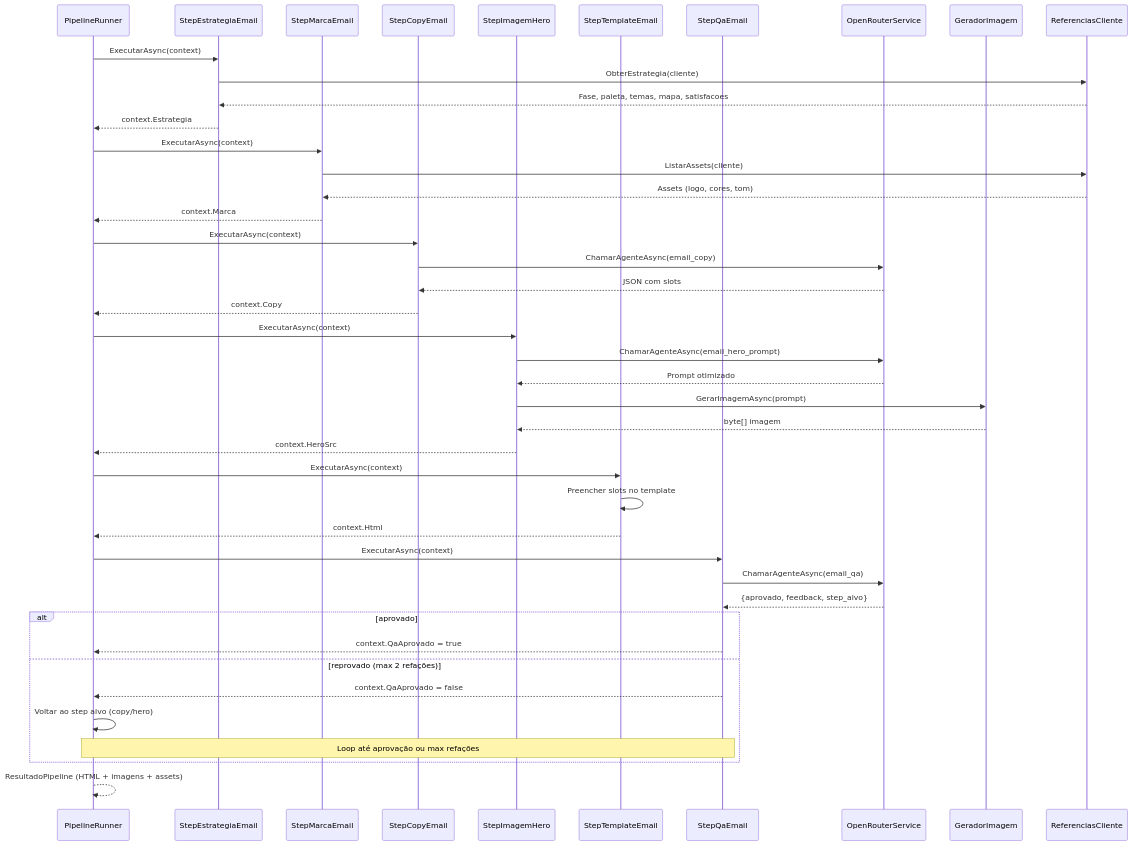
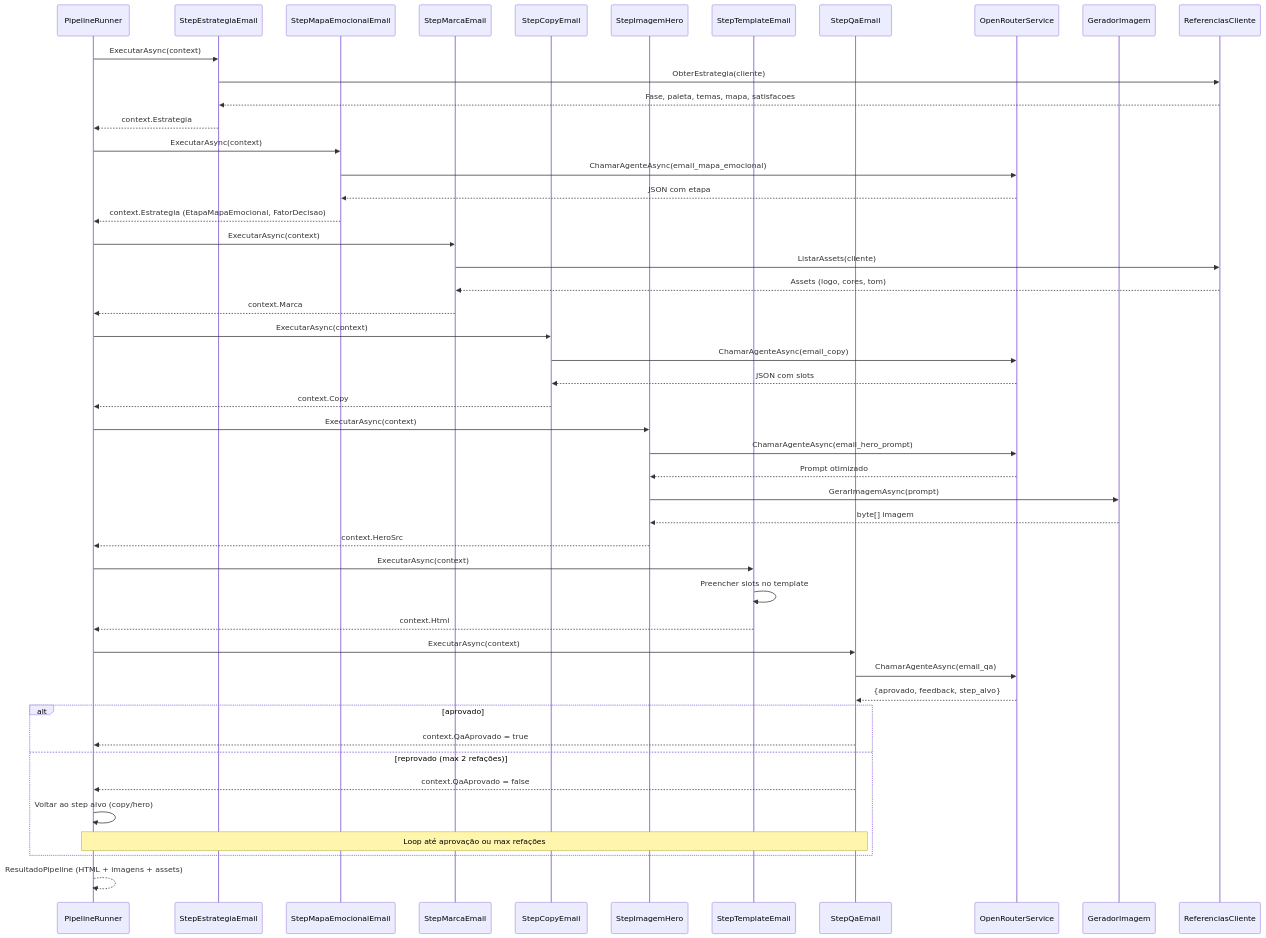
The third of 7 diagrams in docs/ARCHITECTURE.md (joaopedro-marques/suspira.fluxo.demo), drawn with Mermaid before and after one commit. The commit also changed other lines of this file and 2 other files, not shown here.

Commit message:
docs: add StepMapaEmocionalEmail to architecture, readme, and checklist

````diff
--- a/docs/ARCHITECTURE.md
+++ b/docs/ARCHITECTURE.md
@@ -142,53 +142,59 @@
 ```mermaid
 sequenceDiagram
     participant PR as PipelineRunner
     participant SE as StepEstrategiaEmail
+    participant SMA as StepMapaEmocionalEmail
     participant SM as StepMarcaEmail
     participant SC as StepCopyEmail
     participant SH as StepImagemHero
     participant ST as StepTemplateEmail
     participant SQ as StepQaEmail
     participant OR as OpenRouterService
     participant GI as GeradorImagem
     participant RC as ReferenciasCliente
     
     PR->>SE: ExecutarAsync(context)
     SE->>RC: ObterEstrategia(cliente)
     RC-->>SE: Fase, paleta, temas, mapa, satisfacoes
     SE-->>PR: context.Estrategia
+    
+    PR->>SMA: ExecutarAsync(context)
+    SMA->>OR: ChamarAgenteAsync(email_mapa_emocional)
+    OR-->>SMA: JSON com etapa
+    SMA-->>PR: context.Estrategia (EtapaMapaEmocional, FatorDecisao)
     
     PR->>SM: ExecutarAsync(context)
     SM->>RC: ListarAssets(cliente)
     RC-->>SM: Assets (logo, cores, tom)
     SM-->>PR: context.Marca
     
     PR->>SC: ExecutarAsync(context)
     SC->>OR: ChamarAgenteAsync(email_copy)
     OR-->>SC: JSON com slots
     SC-->>PR: context.Copy
     
     PR->>SH: ExecutarAsync(context)
     SH->>OR: ChamarAgenteAsync(email_hero_prompt)
     OR-->>SH: Prompt otimizado
     SH->>GI: GerarImagemAsync(prompt)
     GI-->>SH: byte[] imagem
     SH-->>PR: context.HeroSrc
     
     PR->>ST: ExecutarAsync(context)
     ST->>ST: Preencher slots no template
     ST-->>PR: context.Html
     
     PR->>SQ: ExecutarAsync(context)
     SQ->>OR: ChamarAgenteAsync(email_qa)
     OR-->>SQ: {aprovado, feedback, step_alvo}
     
     alt aprovado
         SQ-->>PR: context.QaAprovado = true
     else reprovado (max 2 refações)
         SQ-->>PR: context.QaAprovado = false
         PR->>PR: Voltar ao step alvo (copy/hero)
         Note over PR,SQ: Loop até aprovação ou max refações
     end
     
     PR-->>PR: ResultadoPipeline (HTML + imagens + assets)
 ```
````
